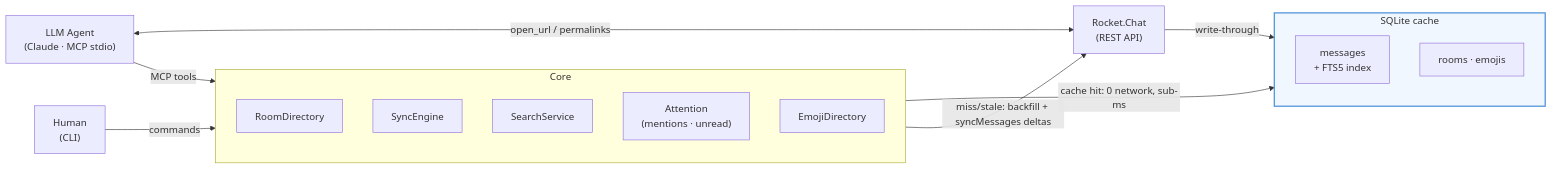
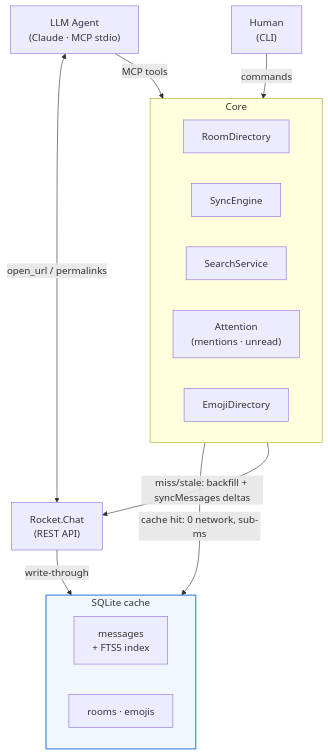
Before and after one commit to jeanfbrito/rocket-cli: the diagram in README.md, drawn with Mermaid.

Commit message:
docs: make architecture diagram vertical for zoom-free reading

````diff
--- a/README.md
+++ b/README.md
@@ -7,32 +7,32 @@
 ```mermaid
-graph LR
+graph TB
     Agent["LLM Agent\n(Claude · MCP stdio)"]
     Human["Human\n(CLI)"]
 
     subgraph Core["Core"]
         RD["RoomDirectory"]
         SE["SyncEngine"]
         SS["SearchService"]
         AT["Attention\n(mentions · unread)"]
         ED["EmojiDirectory"]
     end
 
     subgraph Cache["SQLite cache"]
         MSG["messages\n+ FTS5 index"]
         META["rooms · emojis"]
     end
 
     RC["Rocket.Chat\n(REST API)"]
 
     Agent -->|"MCP tools"| Core
     Human -->|"commands"| Core
 
     Core -->|"cache hit: 0 network, sub-ms"| Cache
     Core -->|"miss/stale: backfill + syncMessages deltas"| RC
     RC -->|"write-through"| Cache
 
     Agent <-->|"open_url / permalinks"| RC
 
     classDef cache fill:#f0f7ff,stroke:#4a90d9,stroke-width:2px
     class Cache cache
 ```
````
